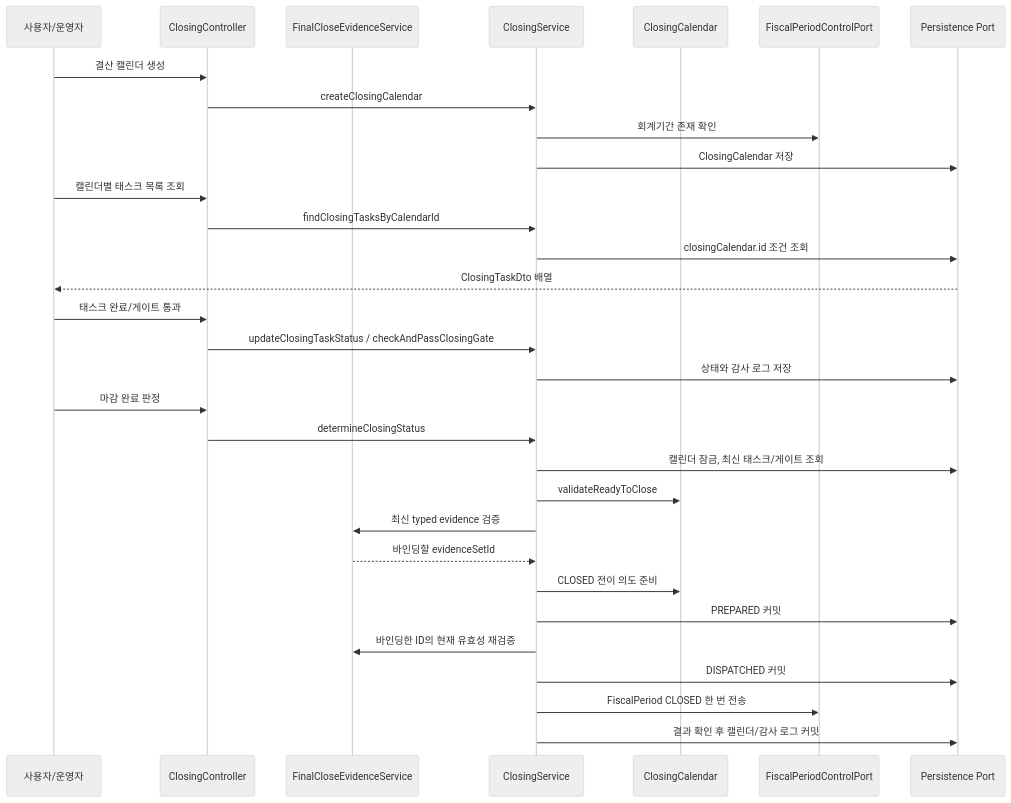
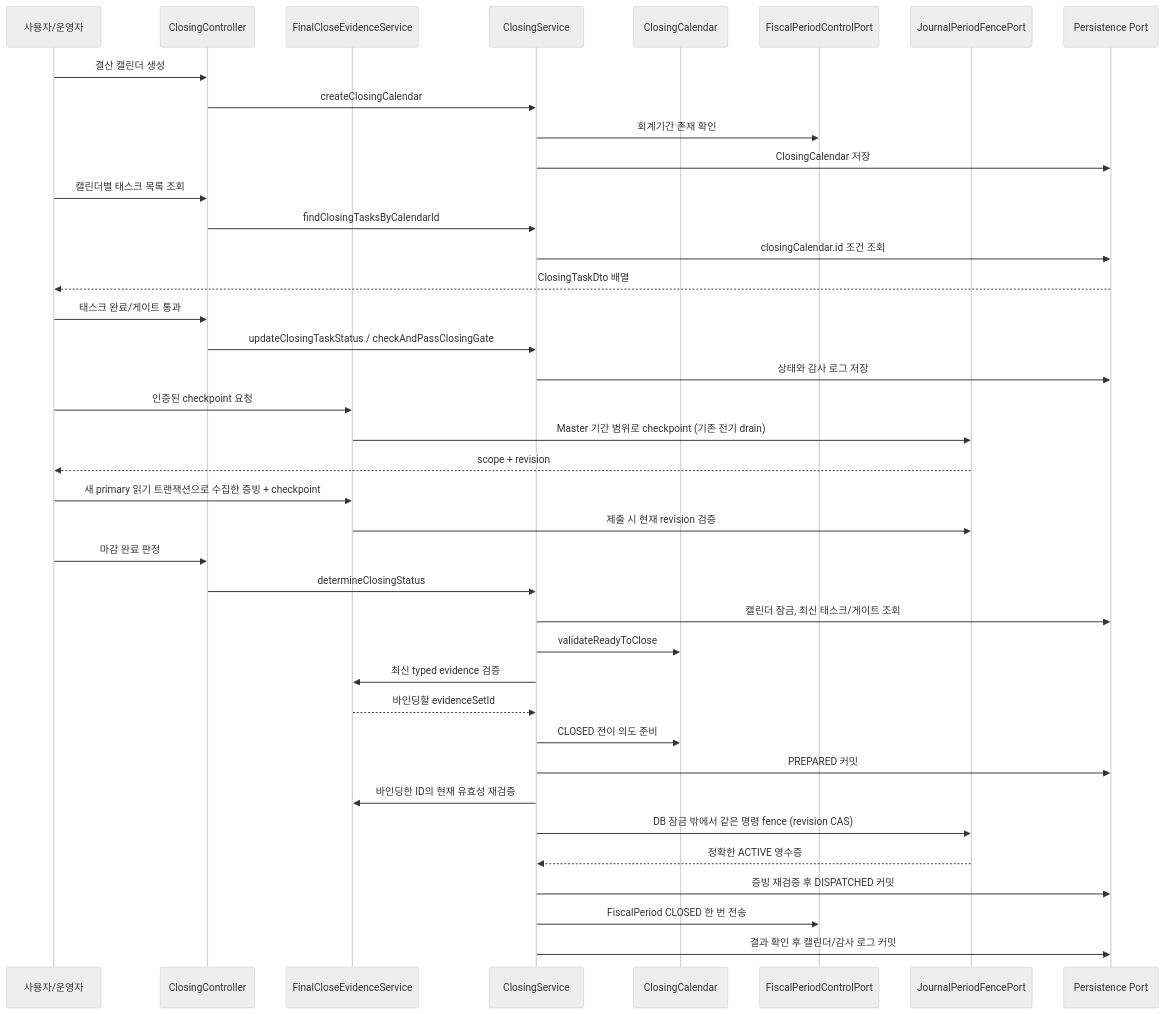
Before and after one commit to skyg547/account: the third of 7 diagrams in closing/docs/process-flow.md, drawn with Mermaid (neutral theme). The commit also changed other lines of this file and 90 other files, not shown here.

Commit message:
GH-762: fence period closing against committed journal movements

````diff
--- a/closing/docs/process-flow.md
+++ b/closing/docs/process-flow.md
@@ -97,37 +97,45 @@
 ```mermaid
 sequenceDiagram
     participant User as 사용자/운영자
     participant API as ClosingController
     participant Evidence as FinalCloseEvidenceService
     participant Service as ClosingService
     participant Domain as ClosingCalendar
     participant Master as FiscalPeriodControlPort
+    participant Journal as JournalPeriodFencePort
     participant Store as Persistence Port
 
     User->>API: 결산 캘린더 생성
     API->>Service: createClosingCalendar
     Service->>Master: 회계기간 존재 확인
     Service->>Store: ClosingCalendar 저장
 
     User->>API: 캘린더별 태스크 목록 조회
     API->>Service: findClosingTasksByCalendarId
     Service->>Store: closingCalendar.id 조건 조회
     Store-->>User: ClosingTaskDto 배열
 
     User->>API: 태스크 완료/게이트 통과
     API->>Service: updateClosingTaskStatus / checkAndPassClosingGate
     Service->>Store: 상태와 감사 로그 저장
 
+    User->>Evidence: 인증된 checkpoint 요청
+    Evidence->>Journal: Master 기간 범위로 checkpoint (기존 전기 drain)
+    Journal-->>User: scope + revision
+    User->>Evidence: 새 primary 읽기 트랜잭션으로 수집한 증빙 + checkpoint
+    Evidence->>Journal: 제출 시 현재 revision 검증
     User->>API: 마감 완료 판정
     API->>Service: determineClosingStatus
     Service->>Store: 캘린더 잠금, 최신 태스크/게이트 조회
     Service->>Domain: validateReadyToClose
     Service->>Evidence: 최신 typed evidence 검증
     Evidence-->>Service: 바인딩할 evidenceSetId
     Service->>Domain: CLOSED 전이 의도 준비
     Service->>Store: PREPARED 커밋
     Service->>Evidence: 바인딩한 ID의 현재 유효성 재검증
-    Service->>Store: DISPATCHED 커밋
+    Service->>Journal: DB 잠금 밖에서 같은 명령 fence (revision CAS)
+    Journal-->>Service: 정확한 ACTIVE 영수증
+    Service->>Store: 증빙 재검증 후 DISPATCHED 커밋
     Service->>Master: FiscalPeriod CLOSED 한 번 전송
     Service->>Store: 결과 확인 후 캘린더/감사 로그 커밋
 ```
````
